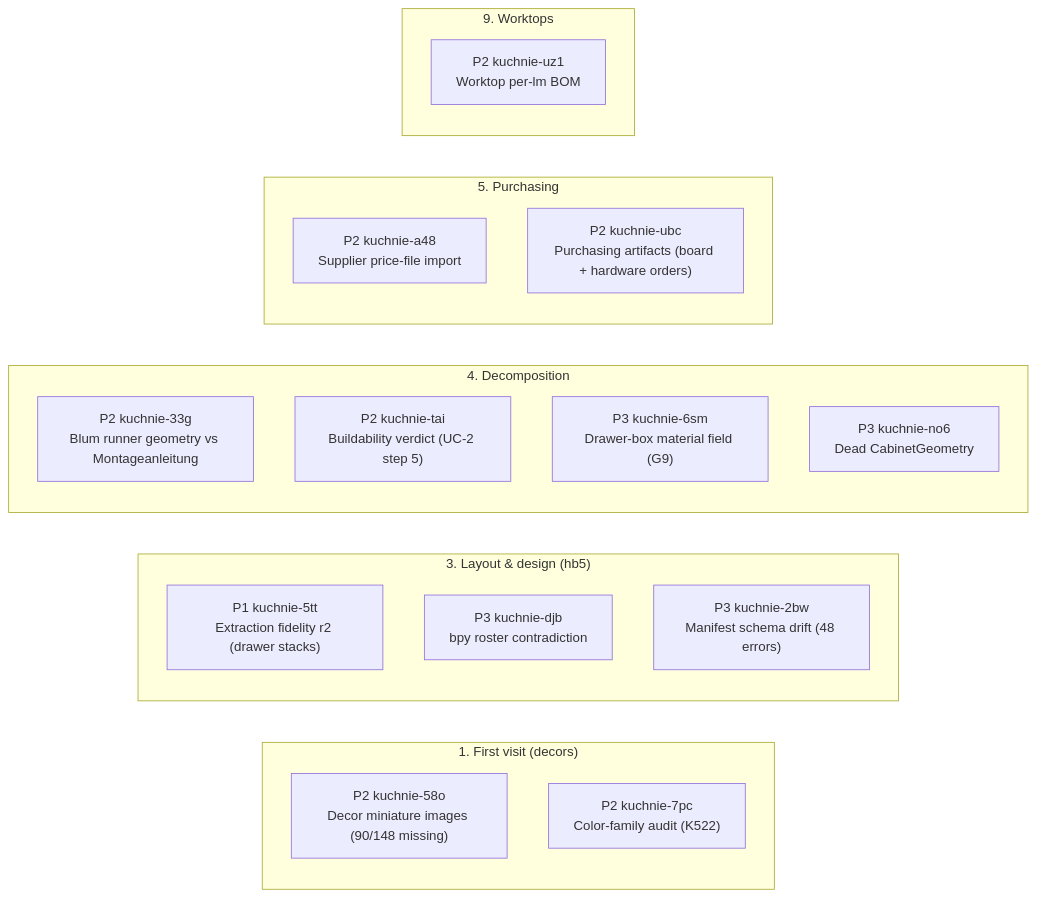
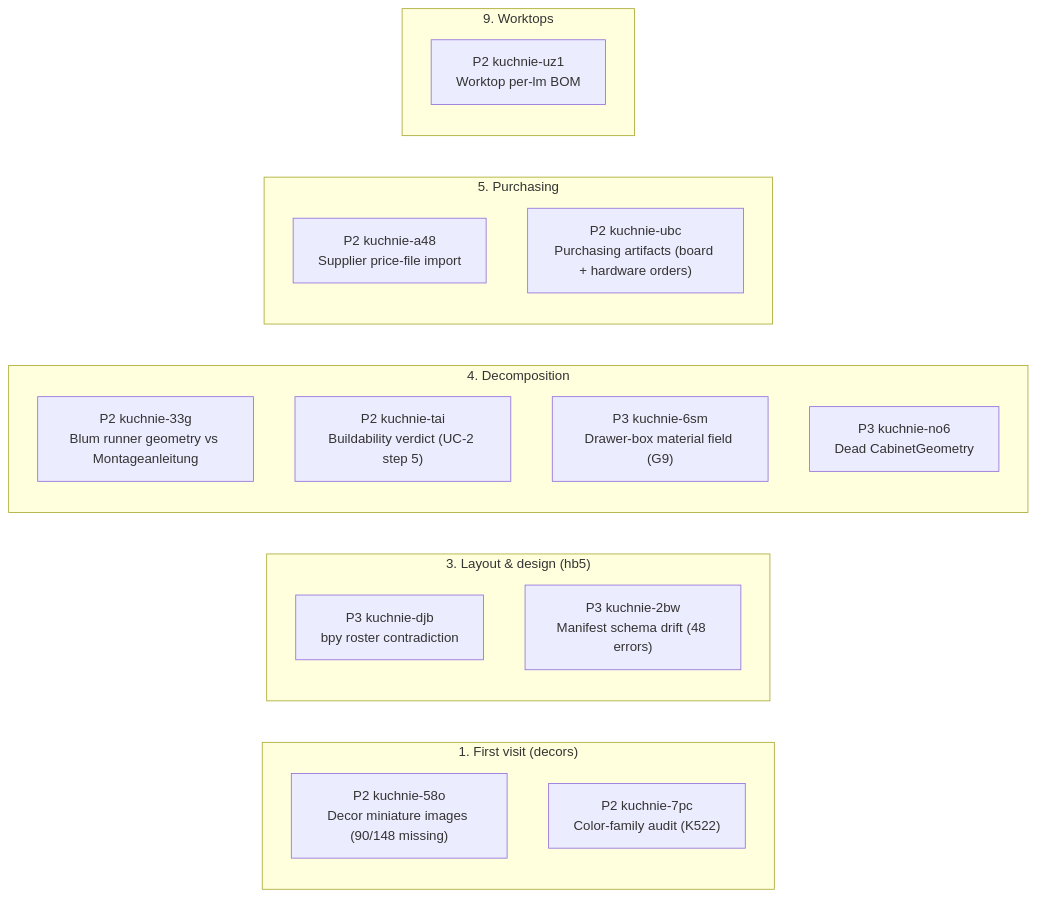
Before and after one commit to m1981/kuchnie: the first of 2 diagrams in STATUS.md, drawn with Mermaid. The commit also changed other lines of this file and 2 other files, not shown here.

Commit message:
truth: extraction r2 review closed (tr-ef90fea5 verified, kuchnie-5tt closed, r3 residual wk-cd815fba filed); STATUS regenerated

````diff
--- a/STATUS.md
+++ b/STATUS.md
@@ -47,25 +47,24 @@
 ```mermaid
 flowchart LR
     subgraph s1 ["1. First visit (decors)"]
         kuchnie_58o["P2 kuchnie-58o<br/>Decor miniature images (90/148 missing)"]
         kuchnie_7pc["P2 kuchnie-7pc<br/>Color-family audit (K522)"]
     end
     subgraph s3 ["3. Layout & design (hb5)"]
-        kuchnie_5tt["P1 kuchnie-5tt<br/>Extraction fidelity r2 (drawer stacks)"]
         kuchnie_djb["P3 kuchnie-djb<br/>bpy roster contradiction"]
         kuchnie_2bw["P3 kuchnie-2bw<br/>Manifest schema drift (48 errors)"]
     end
     subgraph s4 ["4. Decomposition"]
         kuchnie_33g["P2 kuchnie-33g<br/>Blum runner geometry vs Montageanleitung"]
         kuchnie_tai["P2 kuchnie-tai<br/>Buildability verdict (UC-2 step 5)"]
         kuchnie_6sm["P3 kuchnie-6sm<br/>Drawer-box material field (G9)"]
         kuchnie_no6["P3 kuchnie-no6<br/>Dead CabinetGeometry"]
     end
     subgraph s5 ["5. Purchasing"]
         kuchnie_a48["P2 kuchnie-a48<br/>Supplier price-file import"]
         kuchnie_ubc["P2 kuchnie-ubc<br/>Purchasing artifacts (board + hardware orders)"]
     end
     subgraph s9 ["9. Worktops"]
         kuchnie_uz1["P2 kuchnie-uz1<br/>Worktop per-lm BOM"]
     end
 ```
````
